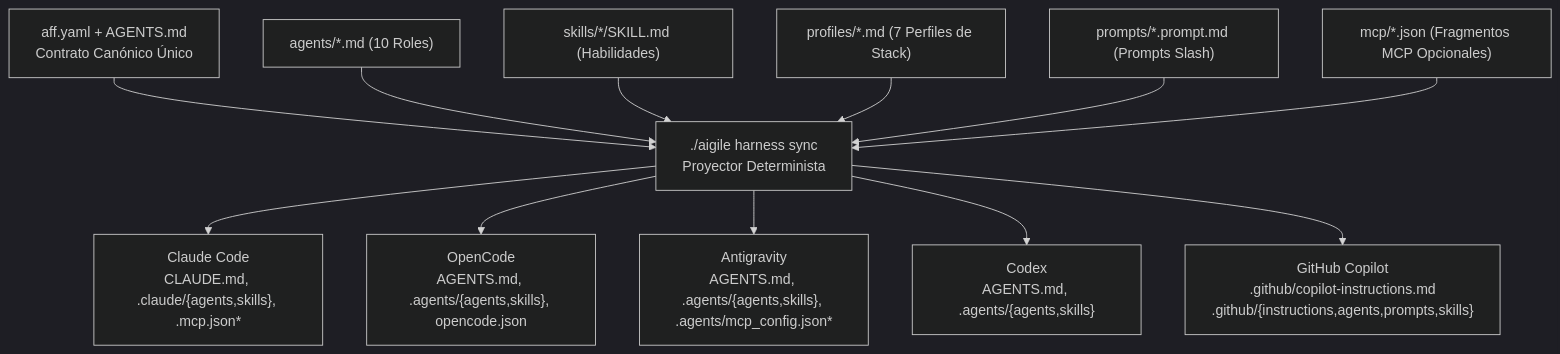
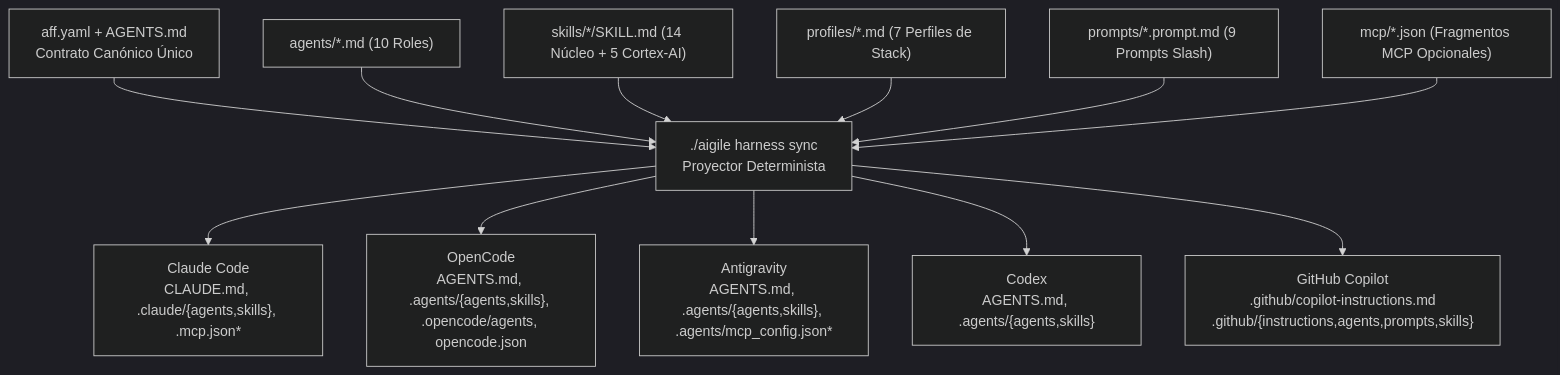
Before and after one commit to GabrielCruzSoto/aigile-forge-framework: the diagram in README.es.md, drawn with Mermaid (dark theme). The commit also changed other lines of this file and 12 other files, not shown here.

````diff
--- a/README.es.md
+++ b/README.es.md
@@ -64,15 +64,15 @@
 ```mermaid
 flowchart TD
     M["aff.yaml + AGENTS.md<br/>Contrato Canónico Único"] --> P["./aigile harness sync<br/>Proyector Determinista"]
     A["agents/*.md (10 Roles)"] --> P
-    S["skills/*/SKILL.md (Habilidades)"] --> P
+    S["skills/*/SKILL.md (14 Núcleo + 5 Cortex-AI)"] --> P
     PR["profiles/*.md (7 Perfiles de Stack)"] --> P
-    PM["prompts/*.prompt.md (Prompts Slash)"] --> P
+    PM["prompts/*.prompt.md (9 Prompts Slash)"] --> P
     MC["mcp/*.json (Fragmentos MCP Opcionales)"] --> P
 
     P --> C["Claude Code<br/>CLAUDE.md, .claude/{agents,skills}, .mcp.json*"]
-    P --> O["OpenCode<br/>AGENTS.md, .agents/{agents,skills}, opencode.json"]
+    P --> O["OpenCode<br/>AGENTS.md, .agents/{agents,skills}, .opencode/agents, opencode.json"]
     P --> G["Antigravity<br/>AGENTS.md, .agents/{agents,skills}, .agents/mcp_config.json*"]
     P --> X["Codex<br/>AGENTS.md, .agents/{agents,skills}"]
     P --> GH["GitHub Copilot<br/>.github/copilot-instructions.md<br/>.github/{instructions,agents,prompts,skills}"]
 ```
````
